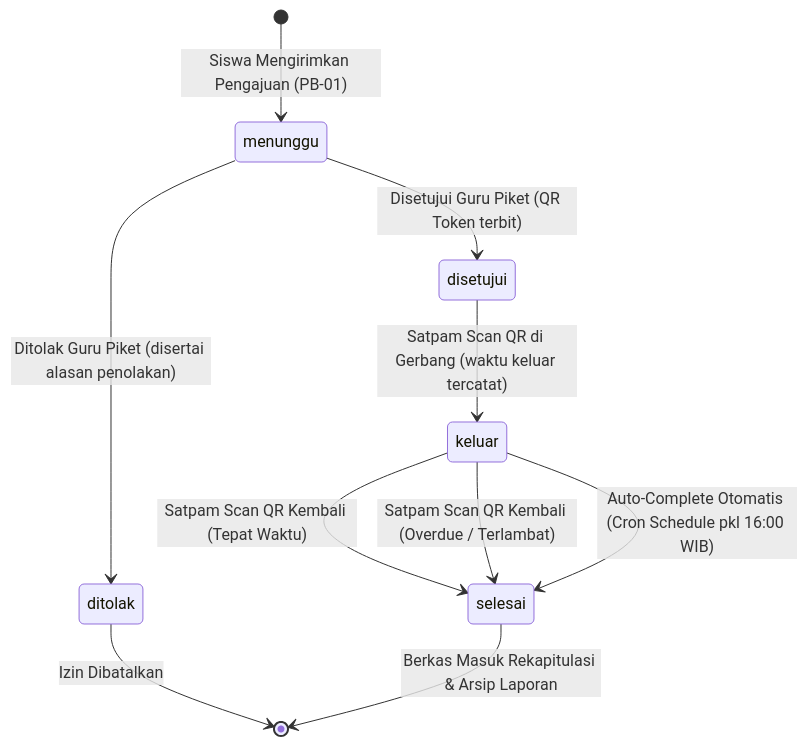
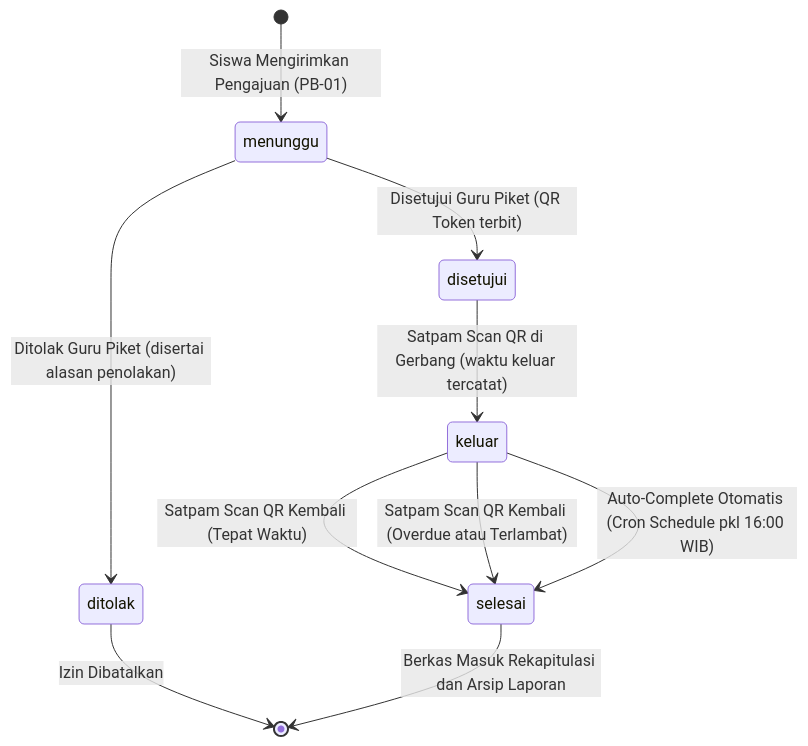
One commit to Zainal29/Didispen changed the seventh of 7 diagrams in FLOWCHART.MD. Above: the diagram before and after it, drawn with Mermaid. The commit also changed other lines of this file, not shown here.

Commit message:
feat : memperbaiki FLOWCHART

````diff
--- a/FLOWCHART.MD
+++ b/FLOWCHART.MD
@@ -247,17 +247,17 @@
 ```mermaid
 stateDiagram-v2
     [*] --> menunggu : Siswa Mengirimkan Pengajuan (PB-01)
     
     menunggu --> ditolak : Ditolak Guru Piket (disertai alasan penolakan)
     menunggu --> disetujui : Disetujui Guru Piket (QR Token terbit)
     
     disetujui --> keluar : Satpam Scan QR di Gerbang (waktu keluar tercatat)
     
     keluar --> selesai : Satpam Scan QR Kembali (Tepat Waktu)
-    keluar --> selesai : Satpam Scan QR Kembali (Overdue / Terlambat)
+    keluar --> selesai : Satpam Scan QR Kembali (Overdue atau Terlambat)
     
     keluar --> selesai : Auto-Complete Otomatis (Cron Schedule pkl 16:00 WIB)
     
     ditolak --> [*] : Izin Dibatalkan
-    selesai --> [*] : Berkas Masuk Rekapitulasi & Arsip Laporan
+    selesai --> [*] : Berkas Masuk Rekapitulasi dan Arsip Laporan
 ```
````
